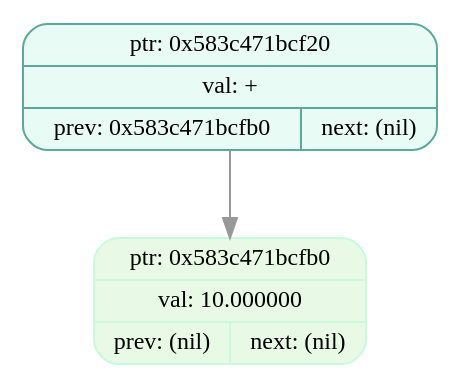
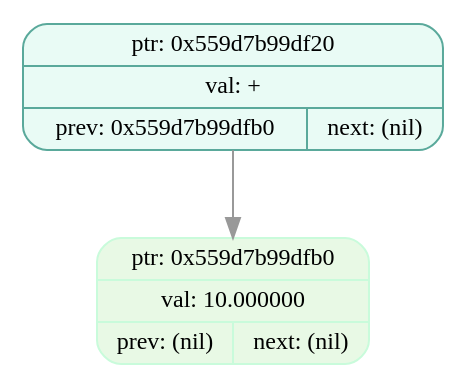
Before and after one commit to EvilTomato9890/Difference: the diagram in dumps/tree_dump_001.dot, drawn with Graphviz. The commit also changed 36 other files, not shown here.

```diff
--- a/dumps/tree_dump_001.dot
+++ b/dumps/tree_dump_001.dot
@@ -1,7 +1,7 @@
 digraph T{
   node [fontname="Fira Mono",shape=record,style="filled,rounded",fontsize=12];
   graph [splines=true, nodesep=0.6, ranksep=0.6];
-  node_0x583c471bcf20[shape=record,label="{ {ptr: 0x583c471bcf20} | {val: +} | { prev: 0x583c471bcfb0 | next: (nil) } }",color="#5aa99b",fillcolor="#e9fbf5"];
-  node_0x583c471bcfb0[shape=record,label="{ {ptr: 0x583c471bcfb0} | {val: 10.000000} | { prev: (nil) | next: (nil) } }",color="#c9fbdbff",fillcolor="#e8f9e5ff"];
-  node_0x583c471bcf20 -> node_0x583c471bcfb0 [color="#999999"];
+  node_0x559d7b99df20[shape=record,label="{ {ptr: 0x559d7b99df20} | {val: +} | { prev: 0x559d7b99dfb0 | next: (nil) } }",color="#5aa99b",fillcolor="#e9fbf5"];
+  node_0x559d7b99dfb0[shape=record,label="{ {ptr: 0x559d7b99dfb0} | {val: 10.000000} | { prev: (nil) | next: (nil) } }",color="#c9fbdbff",fillcolor="#e8f9e5ff"];
+  node_0x559d7b99df20 -> node_0x559d7b99dfb0 [color="#999999"];
 }
```
